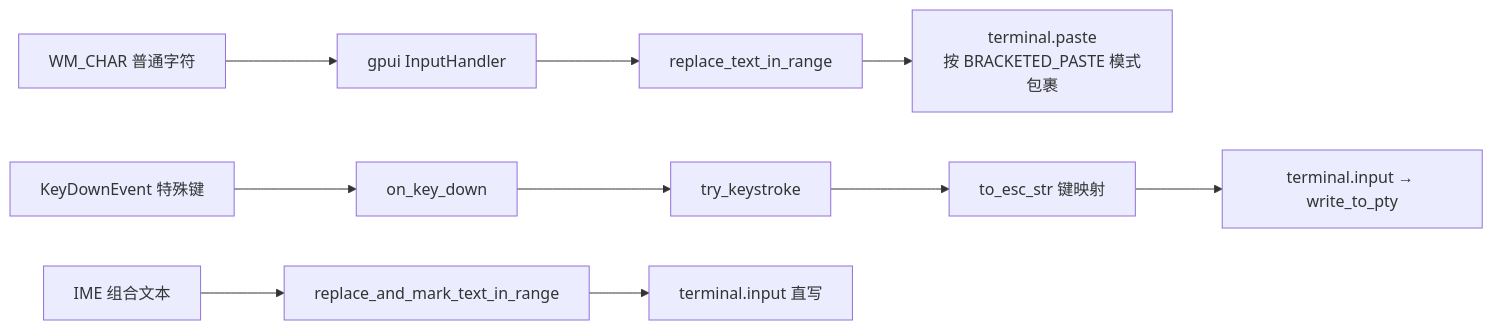
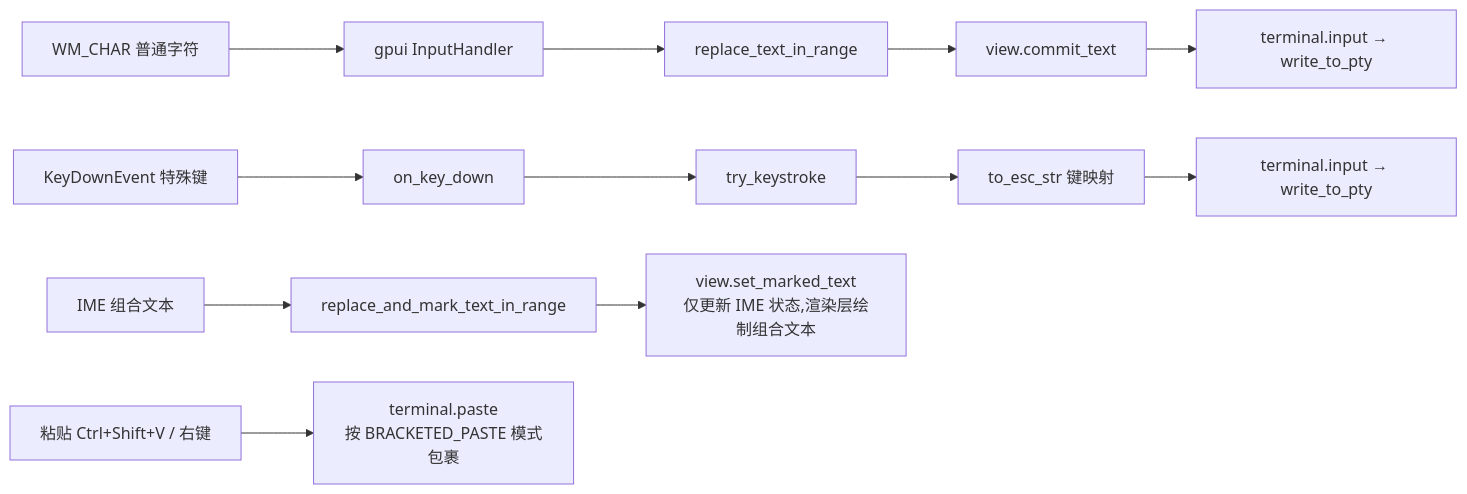
Before and after one commit to zephyraluco/alacrterm: the third of 4 diagrams in docs/terminal-architecture.md, drawn with Mermaid. The commit also changed other lines of this file and 1 other file, not shown here.

First line of the commit message:
docs: update architecture and rendering docs to match current implementation

````diff
--- a/docs/terminal-architecture.md
+++ b/docs/terminal-architecture.md
@@ -209,14 +303,17 @@
 ```mermaid
 graph LR
     A[WM_CHAR 普通字符] --> B[gpui InputHandler]
     B --> C[replace_text_in_range]
-    C --> D[terminal.paste<br/>按 BRACKETED_PASTE 模式包裹]
+    C --> C2[view.commit_text]
+    C2 --> D[terminal.input → write_to_pty]
 
     E[KeyDownEvent 特殊键] --> F[on_key_down]
     F --> G[try_keystroke]
     G --> H[to_esc_str 键映射]
     H --> I[terminal.input → write_to_pty]
 
     J[IME 组合文本] --> K[replace_and_mark_text_in_range]
-    K --> L[terminal.input 直写]
+    K --> K2[view.set_marked_text<br/>仅更新 IME 状态,渲染层绘制组合文本]
+
+    M[粘贴 Ctrl+Shift+V / 右键] --> N[terminal.paste<br/>按 BRACKETED_PASTE 模式包裹]
 ```
````
